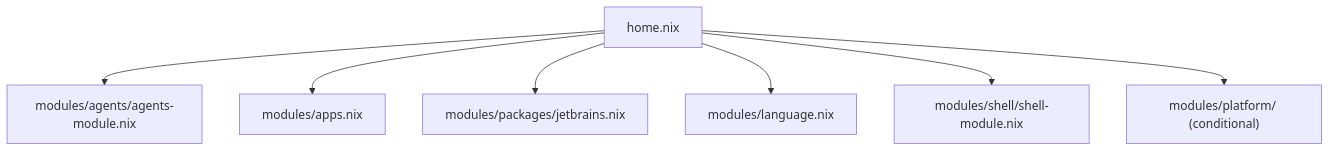
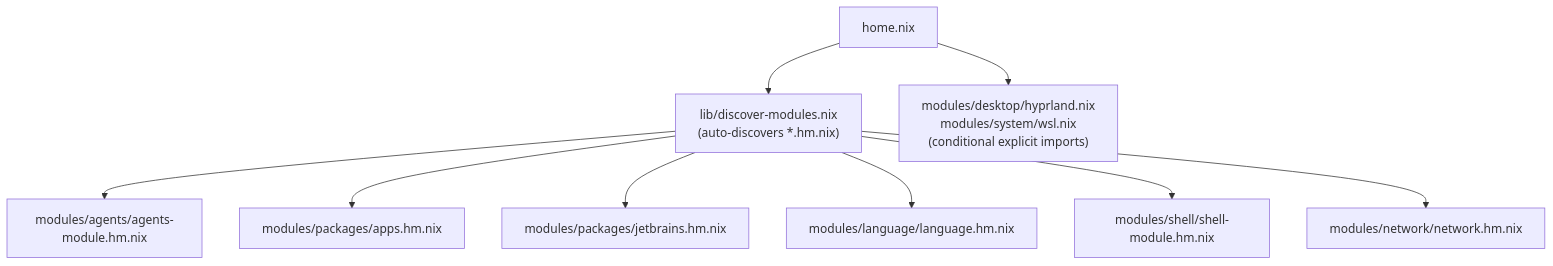
One commit to vanillacake369/tonys-nix changed the diagram in docs/architecture/module-system.md. Above: the diagram before and after it, drawn with Mermaid. The commit also changed other lines of this file and 17 other files, not shown here.

Commit message:
docs : sync to new lib + flat policy-*.nix + domain co-location architecture

````diff
--- a/docs/architecture/module-system.md
+++ b/docs/architecture/module-system.md
@@ -72,17 +88,21 @@
 ```mermaid
 flowchart TD
     homeNix["home.nix"]
-    agents["modules/agents/agents-module.nix"]
-    apps["modules/apps.nix"]
-    jetbrains["modules/packages/jetbrains.nix"]
-    language["modules/language.nix"]
-    shell["modules/shell/shell-module.nix"]
-    platform["modules/platform/ (conditional)"]
+    discover["lib/discover-modules.nix\n(auto-discovers *.hm.nix)"]
+    agents["modules/agents/agents-module.hm.nix"]
+    apps["modules/packages/apps.hm.nix"]
+    jetbrains["modules/packages/jetbrains.hm.nix"]
+    language["modules/language/language.hm.nix"]
+    shell["modules/shell/shell-module.hm.nix"]
+    network["modules/network/network.hm.nix"]
+    conditional["modules/desktop/hyprland.nix\nmodules/system/wsl.nix\n(conditional explicit imports)"]
 
-    homeNix --> agents
-    homeNix --> apps
-    homeNix --> jetbrains
-    homeNix --> language
-    homeNix --> shell
-    homeNix --> platform
+    homeNix --> discover
+    discover --> agents
+    discover --> apps
+    discover --> jetbrains
+    discover --> language
+    discover --> shell
+    discover --> network
+    homeNix --> conditional
 ```
````
